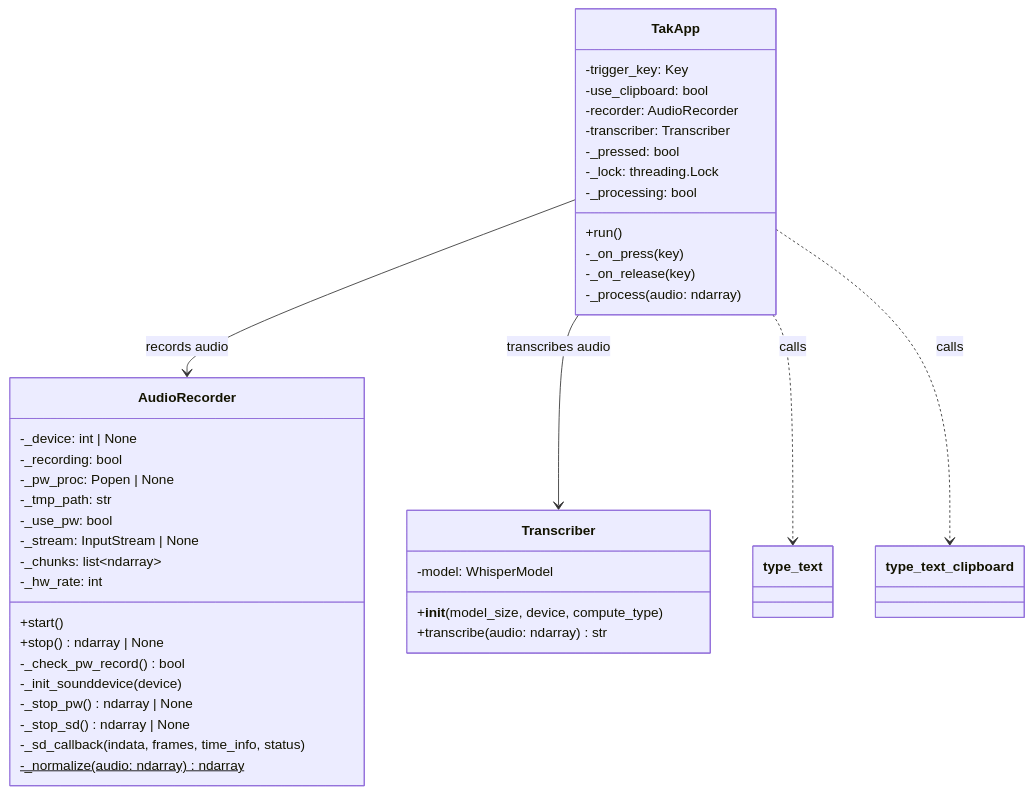
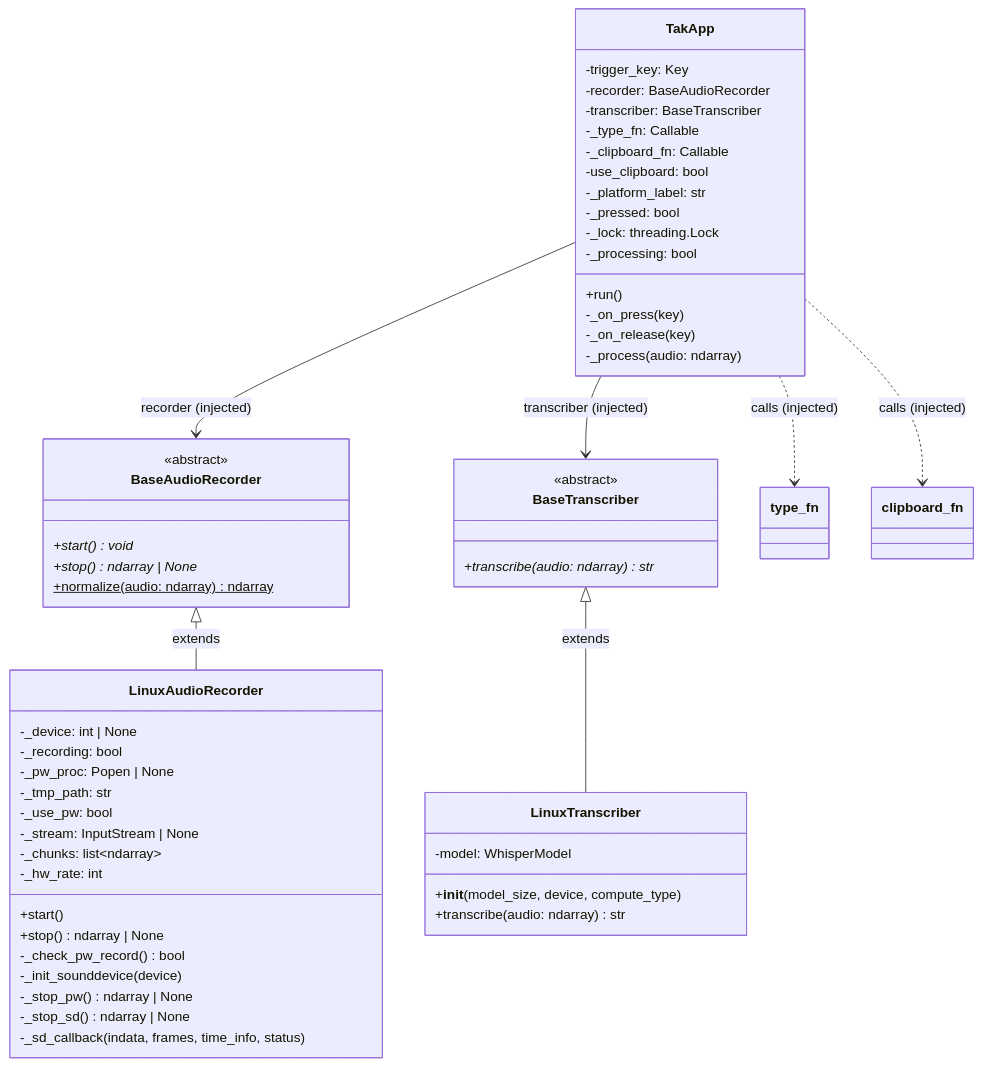
The fourth of 9 diagrams in docs/architecture.md (lchonkan/tak), drawn with Mermaid before and after one commit. The commit also changed other lines of this file and 8 other files, not shown here.

First line of the commit message:
refactor: split monolithic tak.py into modular cross-platform architecture

````diff
--- a/docs/architecture.md
+++ b/docs/architecture.md
@@ -106,46 +157,62 @@
 ```mermaid
 classDiagram
     class TakApp {
         -trigger_key: Key
+        -recorder: BaseAudioRecorder
+        -transcriber: BaseTranscriber
+        -_type_fn: Callable
+        -_clipboard_fn: Callable
         -use_clipboard: bool
-        -recorder: AudioRecorder
-        -transcriber: Transcriber
+        -_platform_label: str
         -_pressed: bool
         -_lock: threading.Lock
         -_processing: bool
         +run()
         -_on_press(key)
         -_on_release(key)
         -_process(audio: ndarray)
     }
 
-    class AudioRecorder {
+    class BaseAudioRecorder {
+        <<abstract>>
+        +start()* void
+        +stop()* ndarray | None
+        +normalize(audio: ndarray)$ ndarray
+    }
+
+    class BaseTranscriber {
+        <<abstract>>
+        +transcribe(audio: ndarray)* str
+    }
+
+    class LinuxAudioRecorder {
         -_device: int | None
         -_recording: bool
         -_pw_proc: Popen | None
         -_tmp_path: str
         -_use_pw: bool
         -_stream: InputStream | None
         -_chunks: list~ndarray~
         -_hw_rate: int
         +start()
         +stop() ndarray | None
         -_check_pw_record() bool
         -_init_sounddevice(device)
         -_stop_pw() ndarray | None
         -_stop_sd() ndarray | None
         -_sd_callback(indata, frames, time_info, status)
-        -_normalize(audio: ndarray)$ ndarray
     }
 
-    class Transcriber {
+    class LinuxTranscriber {
         -model: WhisperModel
         +__init__(model_size, device, compute_type)
         +transcribe(audio: ndarray) str
     }
 
-    TakApp --> AudioRecorder : records audio
-    TakApp --> Transcriber : transcribes audio
-    TakApp ..> type_text : calls
-    TakApp ..> type_text_clipboard : calls
+    BaseAudioRecorder <|-- LinuxAudioRecorder : extends
+    BaseTranscriber <|-- LinuxTranscriber : extends
+    TakApp --> BaseAudioRecorder : recorder (injected)
+    TakApp --> BaseTranscriber : transcriber (injected)
+    TakApp ..> type_fn : calls (injected)
+    TakApp ..> clipboard_fn : calls (injected)
 ```
````
